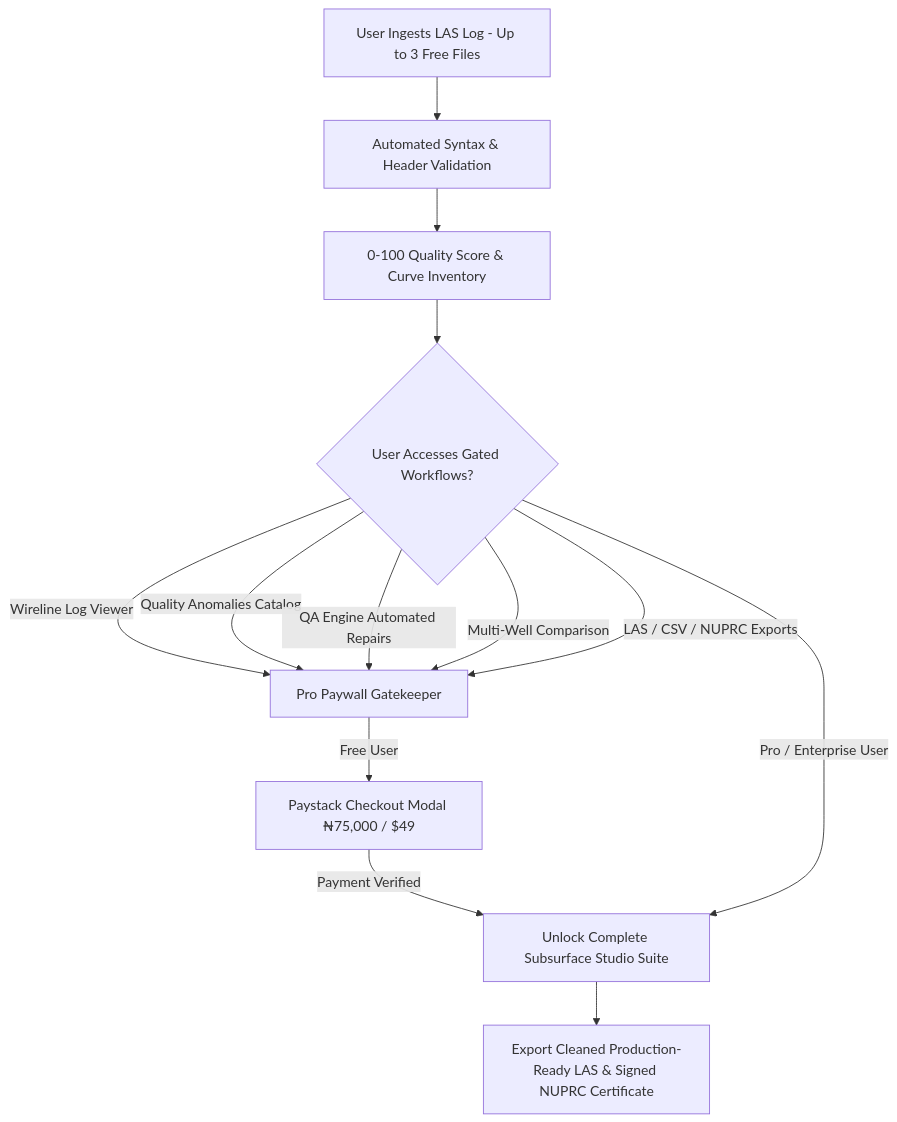
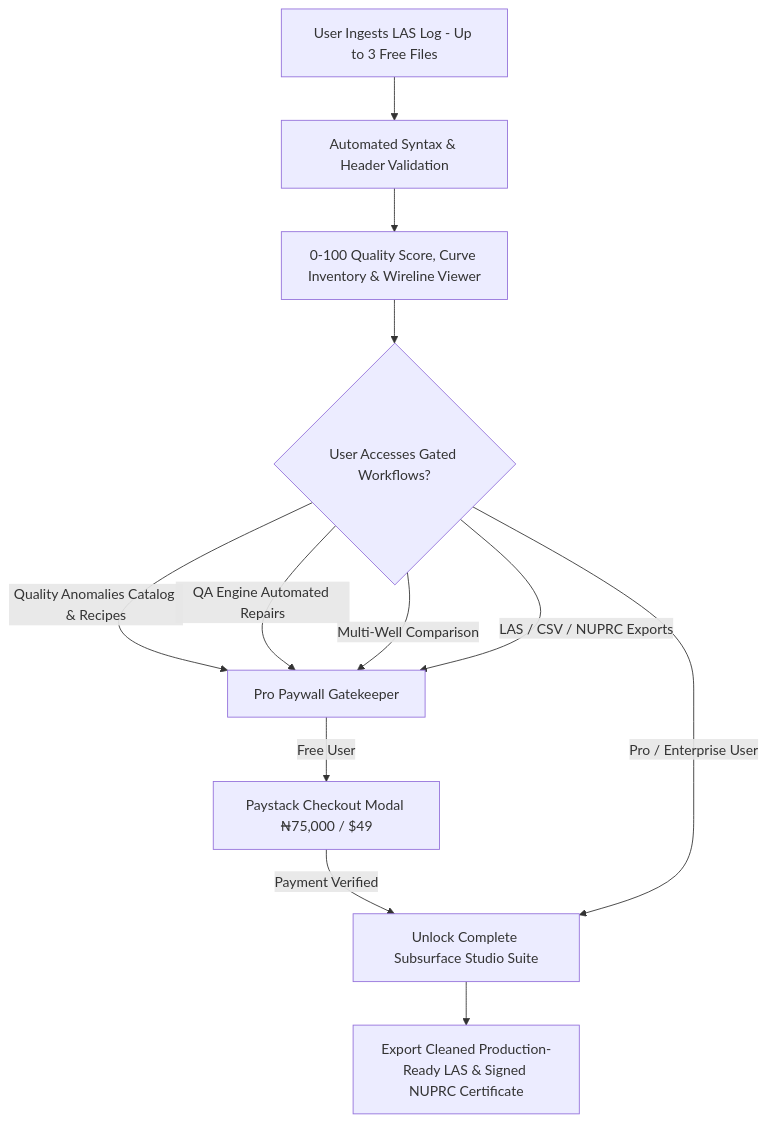
One commit to 8GUYS/wellqc changed the first of 5 diagrams in Documentations/wellqc_business_plan_and_proposal.md. Above: the diagram before and after it, drawn with Mermaid. The commit also changed other lines of this file and 9 other files, not shown here.

````diff
--- a/Documentations/wellqc_business_plan_and_proposal.md
+++ b/Documentations/wellqc_business_plan_and_proposal.md
@@ -34,15 +33,14 @@
 ```mermaid
 graph TD
     A[User Ingests LAS Log - Up to 3 Free Files] --> B[Automated Syntax & Header Validation]
-    B --> C[0-100 Quality Score & Curve Inventory]
+    B --> C[0-100 Quality Score, Curve Inventory & Wireline Viewer]
     C --> D{User Accesses Gated Workflows?}
-    D -->|Wireline Log Viewer| E[Pro Paywall Gatekeeper]
-    D -->|Quality Anomalies Catalog| E
+    D -->|Quality Anomalies Catalog & Recipes| E[Pro Paywall Gatekeeper]
     D -->|QA Engine Automated Repairs| E
     D -->|Multi-Well Comparison| E
     D -->|LAS / CSV / NUPRC Exports| E
     E -->|Free User| F[Paystack Checkout Modal ₦75,000 / $49]
     F -->|Payment Verified| G[Unlock Complete Subsurface Studio Suite]
     D -->|Pro / Enterprise User| G
     G --> H[Export Cleaned Production-Ready LAS & Signed NUPRC Certificate]
 ```
````
